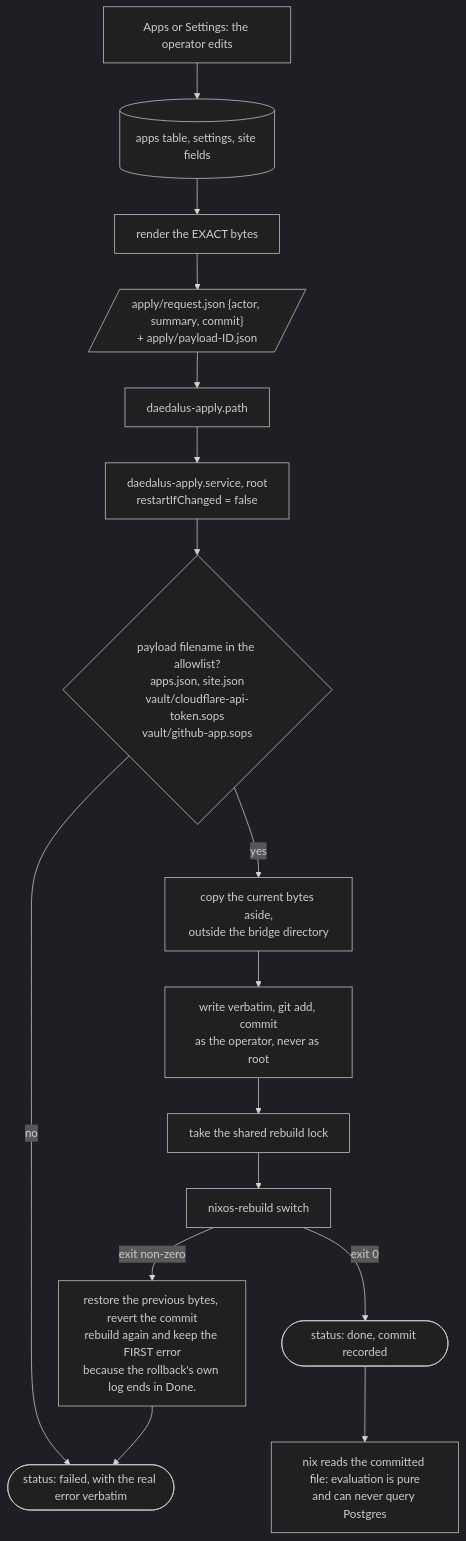
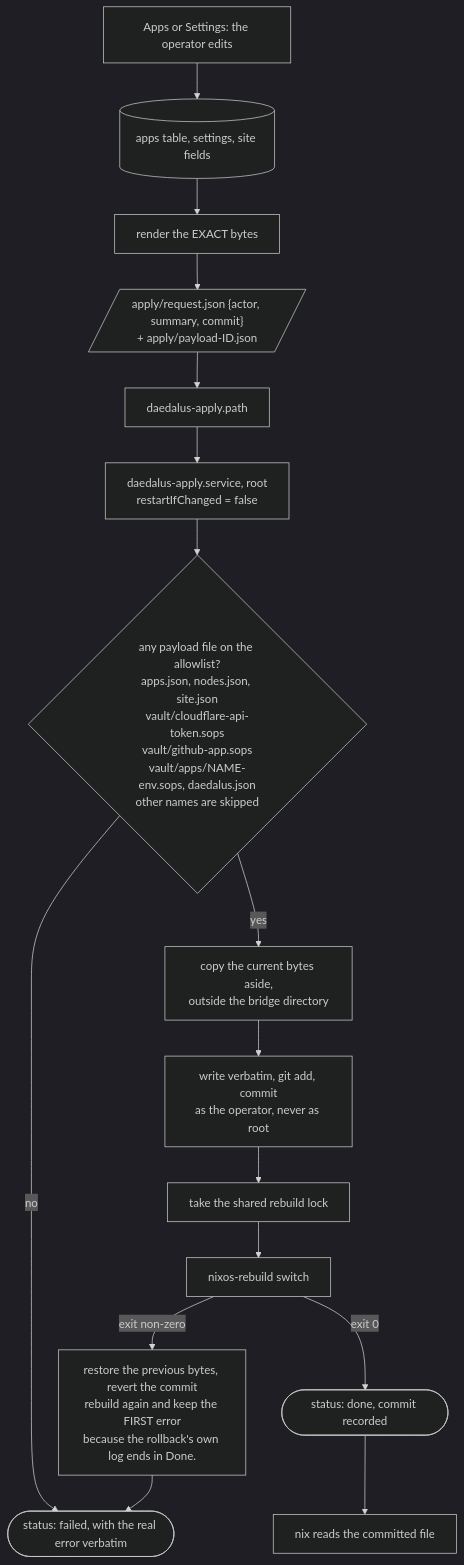
Before and after one commit to santiagotoscanini/daedalus: the third of 5 diagrams in ARCHITECTURE.md, drawn with Mermaid (dark theme). The commit also changed other lines of this file and 49 other files, not shown here.

````diff
--- a/ARCHITECTURE.md
+++ b/ARCHITECTURE.md
@@ -172,25 +181,25 @@
 ```mermaid
 flowchart TB
   UI["Apps or Settings: the operator edits"]
   DBT[("apps table, settings, site fields")]
   Render["render the EXACT bytes"]
   Req[/"apply/request.json {actor, summary, commit}<br/>+ apply/payload-ID.json"/]
   PathU["daedalus-apply.path"]
   Sh["daedalus-apply.service, root<br/>restartIfChanged = false"]
-  Allow{"payload filename in the allowlist?<br/>apps.json, site.json<br/>vault/cloudflare-api-token.sops<br/>vault/github-app.sops"}
+  Allow{"any payload file on the allowlist?<br/>apps.json, nodes.json, site.json<br/>vault/cloudflare-api-token.sops<br/>vault/github-app.sops<br/>vault/apps/NAME-env.sops, daedalus.json<br/>other names are skipped"}
   Prev["copy the current bytes aside,<br/>outside the bridge directory"]
   Git["write verbatim, git add, commit<br/>as the operator, never as root"]
   Lock["take the shared rebuild lock"]
   Sw["nixos-rebuild switch"]
   Ok(["status: done, commit recorded"])
   Roll["restore the previous bytes, revert the commit<br/>rebuild again and keep the FIRST error<br/>because the rollback's own log ends in Done."]
   Bad(["status: failed, with the real error verbatim"])
-  NixRead["nix reads the committed file: evaluation is pure<br/>and can never query Postgres"]
+  NixRead["nix reads the committed file"]
 
   UI --> DBT --> Render --> Req --> PathU --> Sh --> Allow
   Allow -- no --> Bad
   Allow -- yes --> Prev --> Git --> Lock --> Sw
   Sw -- "exit 0" --> Ok
   Sw -- "exit non-zero" --> Roll --> Bad
   Ok --> NixRead
 ```
````
